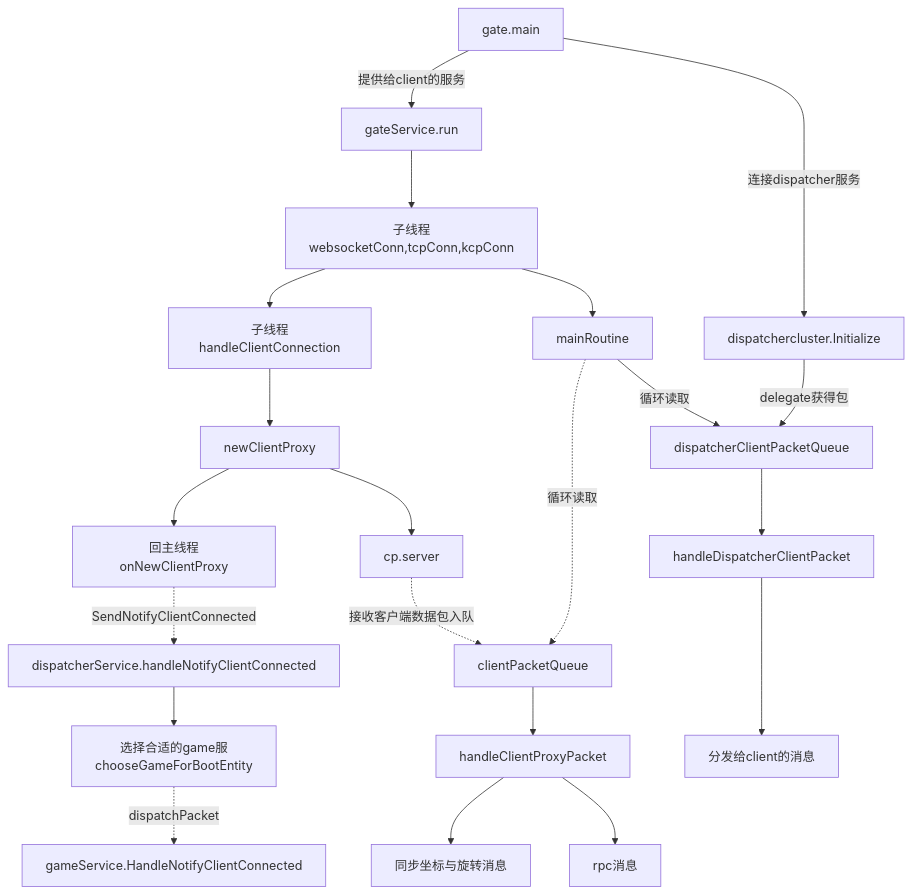
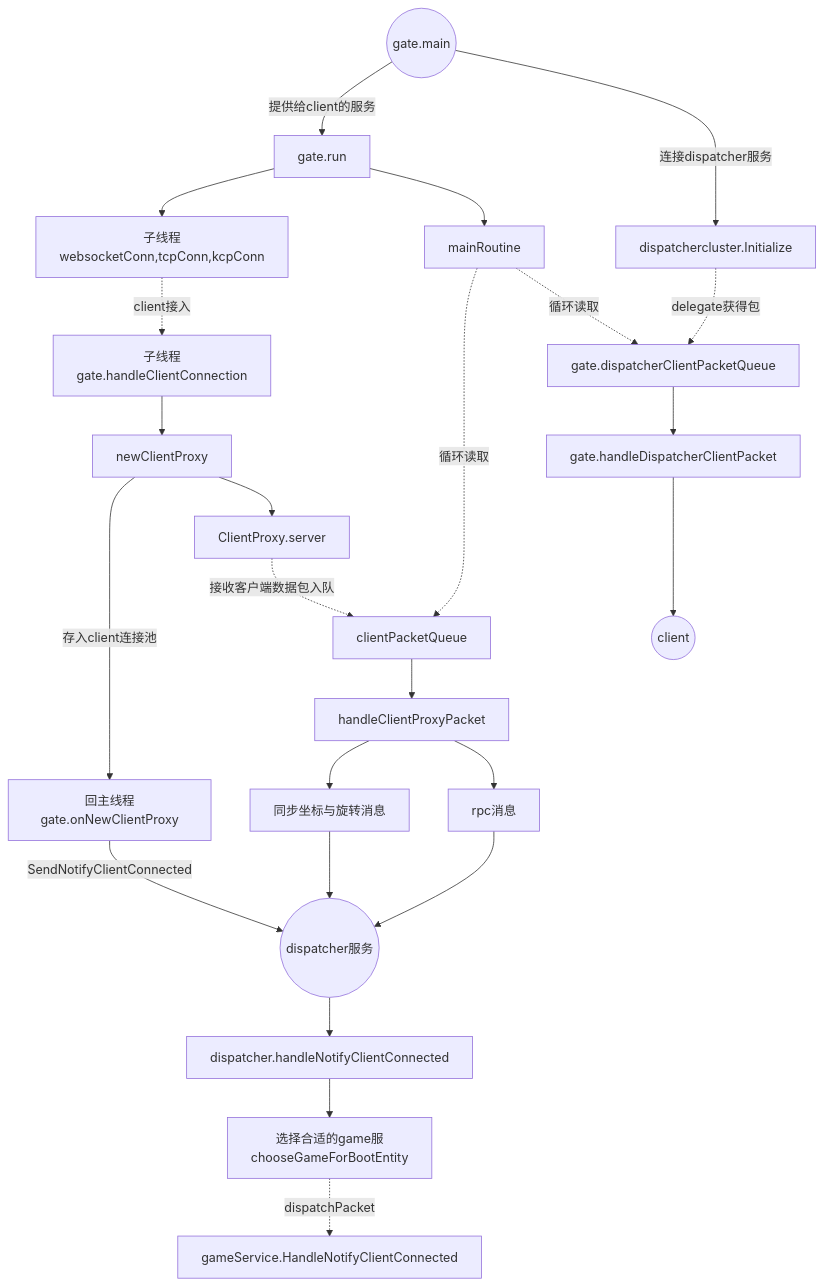
Before and after one commit to hammercui/book-list: the diagram in 9.项目阅读笔记/4.1gate.md, drawn with Mermaid. The commit also changed other lines of this file and 4 other files, not shown here.

````diff
--- a/9.项目阅读笔记/4.1gate.md
+++ b/9.项目阅读笔记/4.1gate.md
@@ -8,25 +11,28 @@
 ```mermaid
 graph TB
-    a0[gate.main]--提供给client的服务-->a[gateService.run]
+    a0((gate.main))--提供给client的服务-->a[gate.run]
     a-->b[子线程websocketConn,tcpConn,kcpConn]
-    b-->c[子线程handleClientConnection]
+    b-.client接入.->c[子线程gate.handleClientConnection]
     c-->d[newClientProxy]
-    d-->e[回主线程onNewClientProxy ]
-    e-.SendNotifyClientConnected.->f[dispatcherService.handleNotifyClientConnected]
+    d--存入client连接池-->e[回主线程gate.onNewClientProxy]
+    e--SendNotifyClientConnected-->q
+    q-->f[dispatcher.handleNotifyClientConnected]
     f-->g[选择合适的game服chooseGameForBootEntity]
     g-.dispatchPacket.->h[gameService.HandleNotifyClientConnected]
-    d-->i[cp.server]
+    d-->i[ClientProxy.server]
     i-.接收客户端数据包入队.->j[clientPacketQueue]
-    b-->k[mainRoutine]
+    a-->k[mainRoutine]
     k-.循环读取.->j
     j-->l[handleClientProxyPacket]
     l-->l1[同步坐标与旋转消息]
     l-->l2[rpc消息]
     a0--连接dispatcher服务-->m[dispatchercluster.Initialize]
-    m--delegate获得包-->n[dispatcherClientPacketQueue]
-    k--循环读取-->n
-    n-->o[handleDispatcherClientPacket]
-    o-->p[分发给client的消息]
+    m-.delegate获得包.->n[gate.dispatcherClientPacketQueue]
+    k-.循环读取.->n
+    n-->o[gate.handleDispatcherClientPacket]
+    o-->p((client))
+    l1-->q((dispatcher服务))
+    l2-->q
 
 
 ```
````
